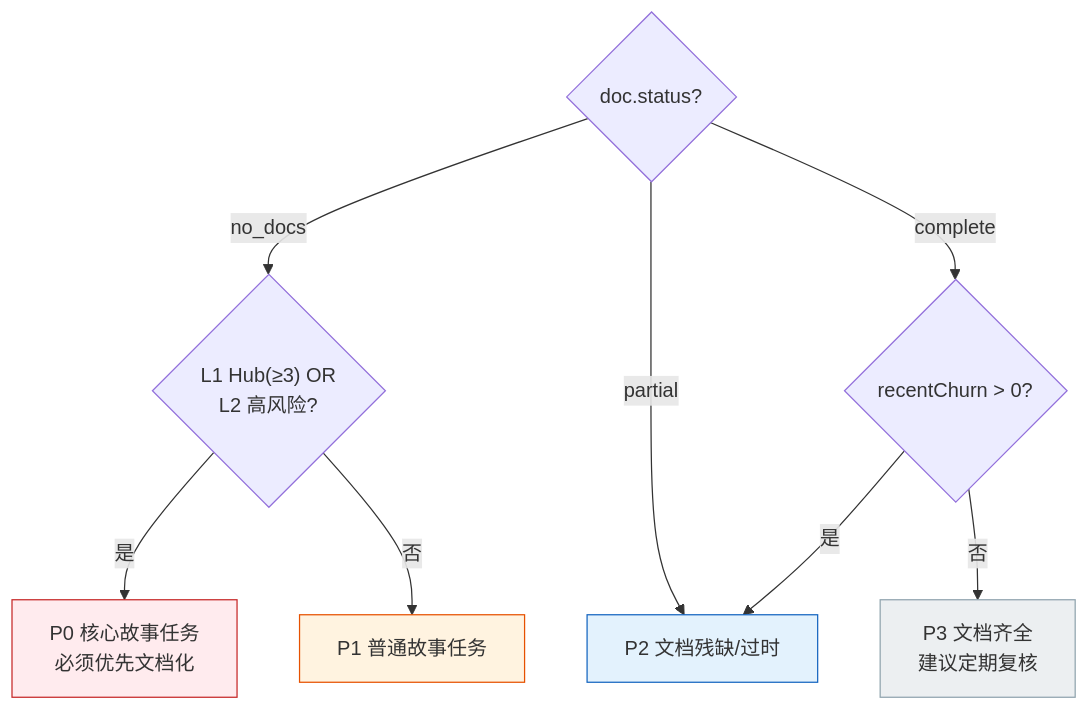
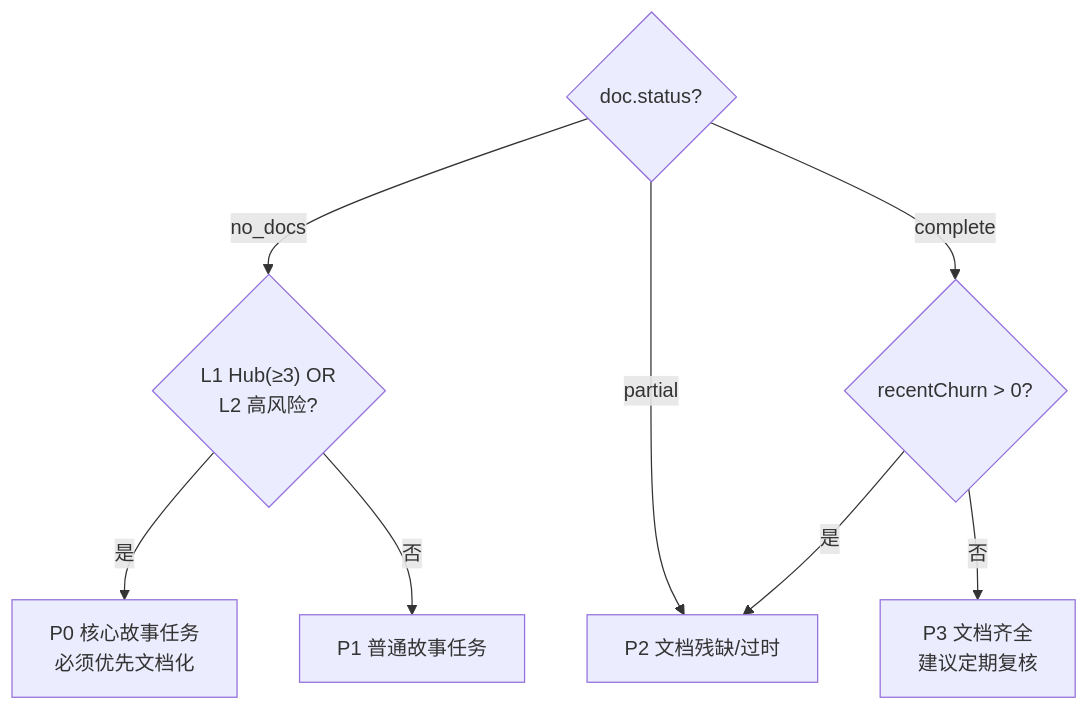
The seventh of 9 diagrams in skills/rui/ranking.md (effiy/YrY), drawn with Mermaid before and after one commit. The commit also changed other lines of this file and 61 other files, not shown here.

````diff
--- a/skills/rui/ranking.md
+++ b/skills/rui/ranking.md
@@ -271,16 +255,12 @@
 ```mermaid
 flowchart TD
     Q1{"doc.status?"}
     Q1 -->|"no_docs"| Q2{"L1 Hub(≥3) OR<br/>L2 高风险?"}
     Q2 -->|"是"| P0["P0 核心故事任务<br/>必须优先文档化"]:::p0
     Q2 -->|"否"| P1["P1 普通故事任务"]:::p1
     Q1 -->|"partial"| P2["P2 文档残缺/过时"]:::p2
     Q1 -->|"complete"| Q3{"recentChurn > 0?"}
     Q3 -->|"是"| P2
     Q3 -->|"否"| P3["P3 文档齐全<br/>建议定期复核"]:::p3
 
-    classDef p0 fill:#ffebee,stroke:#c62828;
-    classDef p1 fill:#fff3e0,stroke:#e65100;
-    classDef p2 fill:#e3f2fd,stroke:#1565c0;
-    classDef p3 fill:#eceff1,stroke:#90a4ae;
 ```
````
